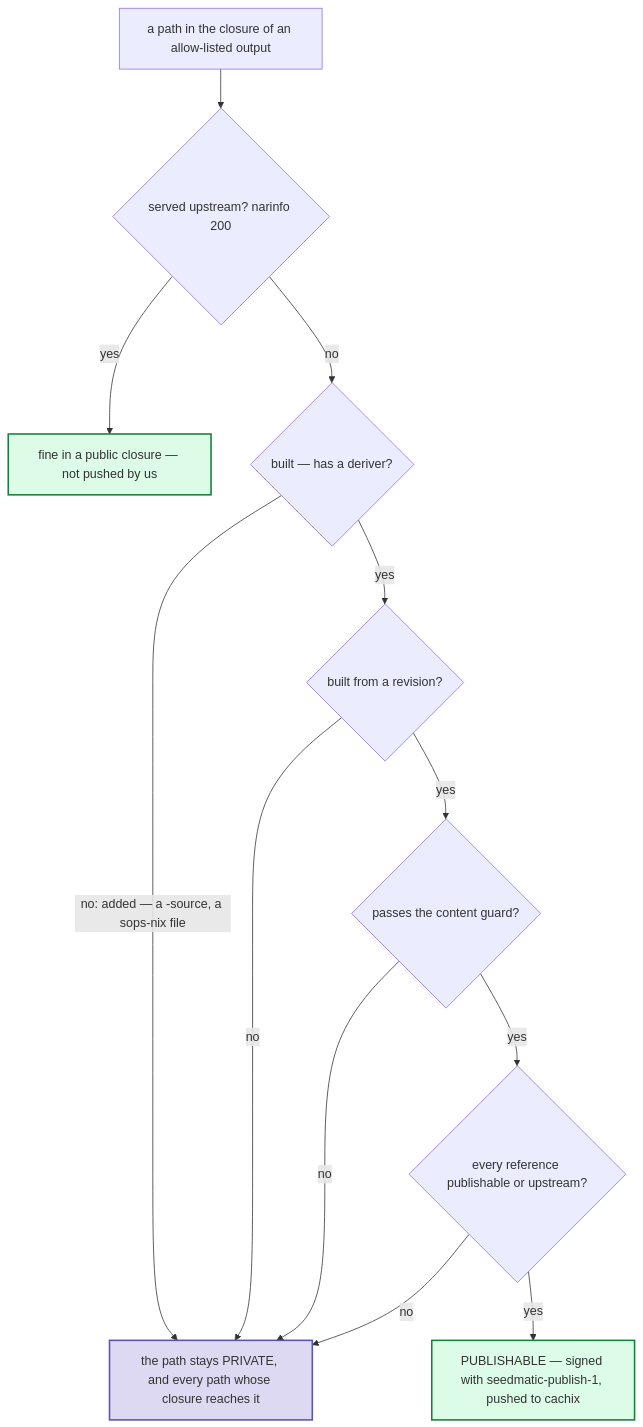
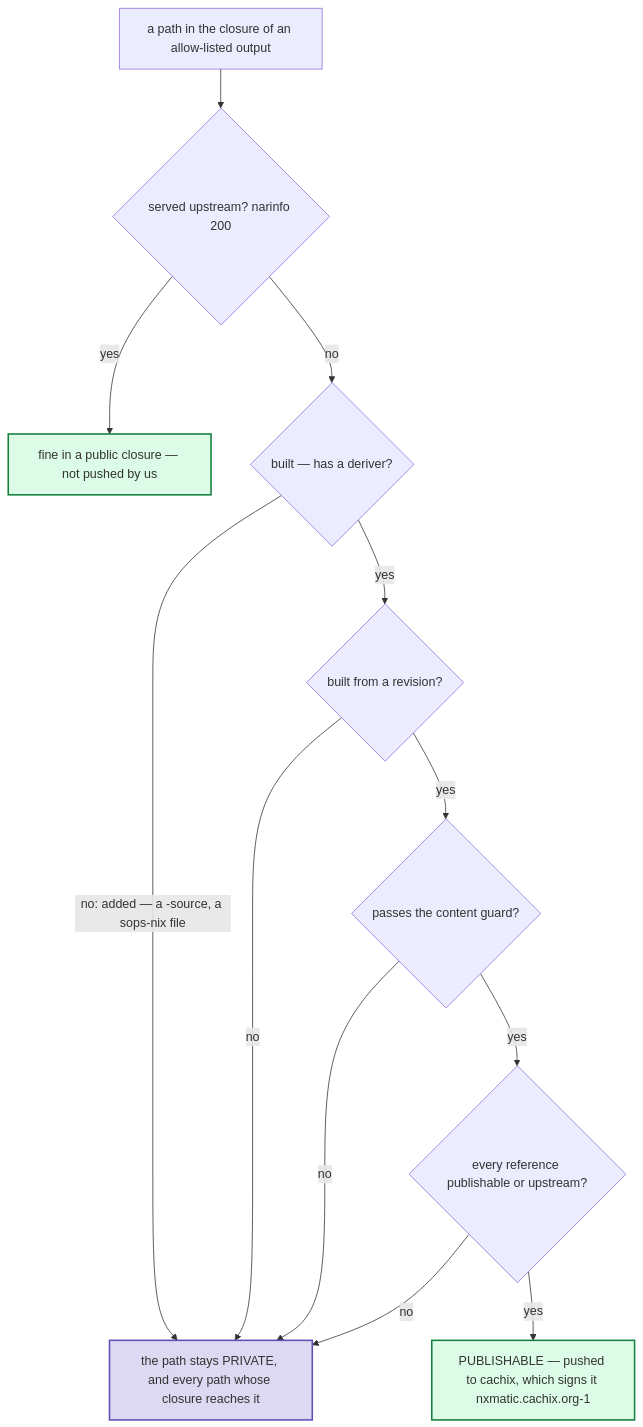
Before and after one commit to seedmatic/ndh: the fifth of 14 diagrams in docs/private-binary-cache-spec.adoc, drawn with Mermaid. The commit also changed other lines of this file and 8 other files, not shown here.

First line of the commit message:
feat(cache-publish): the darwin hosts publish as _ndh-publish, from a pushed merged revision only

```diff
--- a/docs/private-binary-cache-spec.adoc
+++ b/docs/private-binary-cache-spec.adoc
@@ -653,18 +650,18 @@
 [mermaid]
 ....
 flowchart TD
   P["a path in the closure of an allow-listed output"] --> U{"served upstream? narinfo 200"}
   U -->|"yes"| OK["fine in a public closure — not pushed by us"]:::pub
   U -->|"no"| D{"built — has a deriver?"}
   D -->|"no: added — a -source, a sops-nix file"| PRIV["the path stays PRIVATE, and every path whose closure reaches it"]:::priv
   D -->|"yes"| R{"built from a revision?"}
   R -->|"no"| PRIV
   R -->|"yes"| G{"passes the content guard?"}
   G -->|"no"| PRIV
   G -->|"yes"| C{"every reference publishable or upstream?"}
   C -->|"no"| PRIV
-  C -->|"yes"| PUB["PUBLISHABLE — signed with seedmatic-publish-1, pushed to cachix"]:::pub
+  C -->|"yes"| PUB["PUBLISHABLE — pushed to cachix, which signs it nxmatic.cachix.org-1"]:::pub
 
   classDef pub fill:#dcfce7,stroke:#15803d,stroke-width:2px;
   classDef priv fill:#ddd9f2,stroke:#5b52b8,stroke-width:2px;
 ....
```
